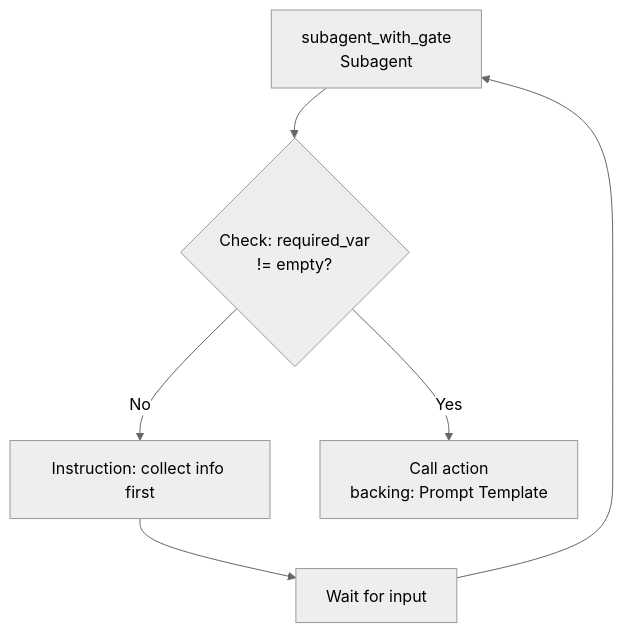
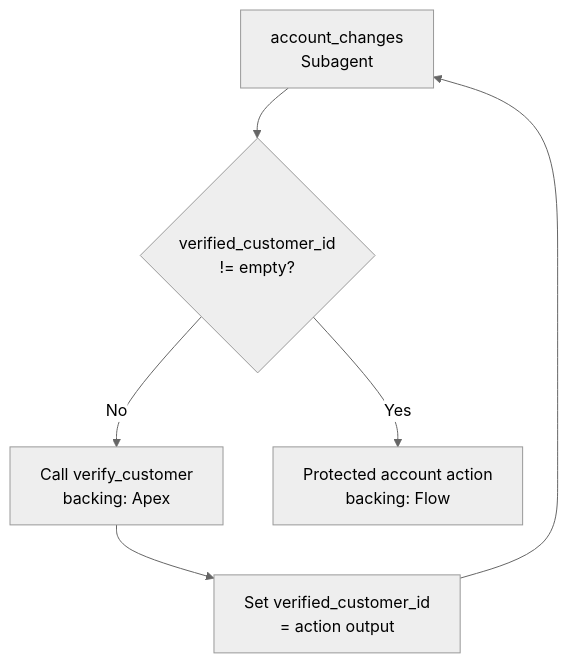
One commit to simon2432/agentforce-workspace changed the eighth of 12 diagrams in .agents/skills/agentforce-generate/references/agent-subagent-map-diagrams.md. Above: the diagram before and after it, drawn with Mermaid. The commit also changed other lines of this file and 3703 other files, not shown here.

````diff
--- a/.agents/skills/agentforce-generate/references/agent-subagent-map-diagrams.md
+++ b/.agents/skills/agentforce-generate/references/agent-subagent-map-diagrams.md
@@ -158,10 +173,10 @@
 ```mermaid
 %%{init: {'theme':'neutral'}}%%
 graph TD
-    A[subagent_with_gate<br/>Subagent]
-    A --> B{Check: required_var<br/>!= empty?}
-    B -->|No| C[Instruction: collect info first]
-    B -->|Yes| D[Call action<br/>backing: Prompt Template]
-    C --> E[Wait for input]
+    A[account_changes<br/>Subagent]
+    A --> B{verified_customer_id<br/>!= empty?}
+    B -->|No| C[Call verify_customer<br/>backing: Apex]
+    B -->|Yes| D[Protected account action<br/>backing: Flow]
+    C --> E[Set verified_customer_id<br/>= action output]
     E --> A
 ```
````
